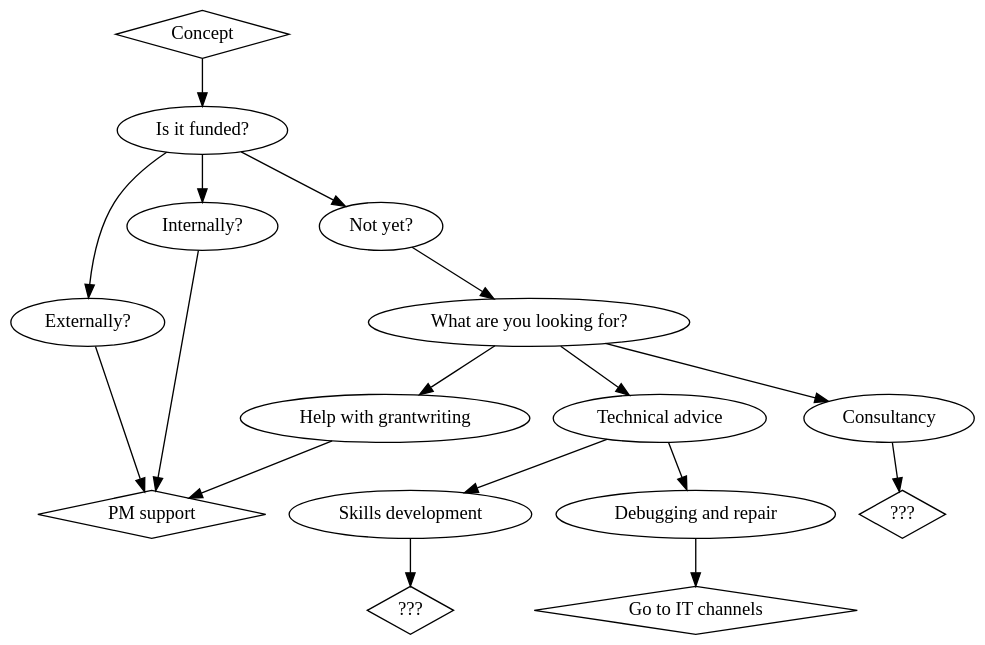
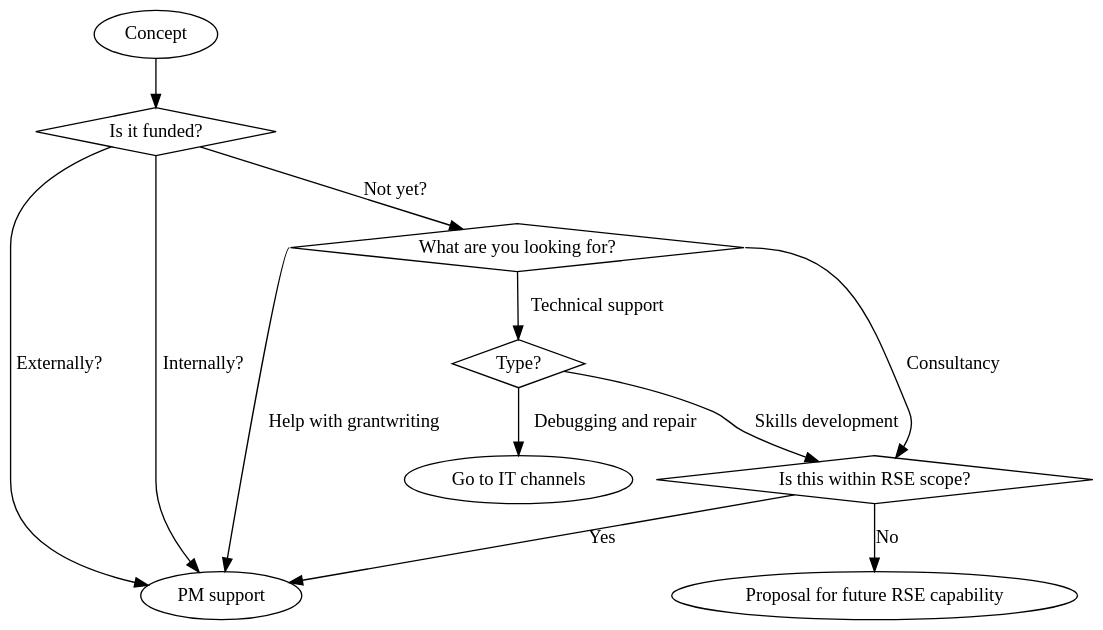
The diagram in team/governance/diagrams/concept.dot (NERC-CEH/rse_group), drawn with Graphviz before and after one commit. The commit also changed other lines of this file and 2 other files, not shown here.

Commit message:
Refactored flow charts slightly

```diff
--- a/team/governance/diagrams/concept.dot
+++ b/team/governance/diagrams/concept.dot
@@ -1,48 +1,33 @@
-# http://www.graphviz.org/content/cluster
-
-
 digraph G {
     
   bgcolor=transparent;
   node [fontname = "Handlee"];
   edge [fontname = "Handlee"];
 
   
-  starting [ label = "Concept" shape=diamond];
-  pm_support [ label = "PM support" shape=diamond];
-  funded [ label = "Is it funded?" ];
-  fund_ext [label="Externally?"];
-  fund_int [label="Internally?"];
-  fund_yet [label="Not yet?"];
-  extra_support [label="What are you looking for?"]
-  help_write [label="Help with grantwriting"]
-  help_tech [label="Technical advice"]
-  help_consult [label="Consultancy"]
-  skills_dev [label="Skills development"]
-  debug_fix [label="Debugging and repair"]
-  go_to_it [label="Go to IT channels", shape=diamond]
-  help_unknown_1 [label="???" shape=diamond]
-  help_unknown_2 [label="???" shape=diamond]
+  starting [ label = "Concept"];
+  pm_support [ label = "PM support"];
+  funded [ label = "Is it funded?" shape=diamond ];
+  extra_support [label="What are you looking for?" shape=diamond]
+  help_tech [label="Type?" shape=diamond]
+  go_to_it [label="Go to IT channels"]
+  offered [label="Is this within RSE scope?" shape=diamond]
+  proposal[label="Proposal for future RSE capability"]
   
   starting -> funded;
   
-  funded -> fund_ext;
-  funded -> fund_int;
-  funded -> fund_yet;
-  fund_int -> pm_support;
-  fund_ext -> pm_support;
+  funded -> pm_support[label="Externally?"];
+  funded -> pm_support[label="Internally?"];
+  funded -> extra_support[label="Not yet?"];
 
-  fund_yet -> extra_support;
-  extra_support -> help_write;
-  extra_support -> help_tech;
-  extra_support -> help_consult;
+  extra_support:w -> pm_support[label="Help with grantwriting"];
+  extra_support -> help_tech[label="Technical support"];
+  extra_support:e -> offered[label="Consultancy"];
   
-  help_tech -> skills_dev;
-  help_tech -> debug_fix;
-  debug_fix -> go_to_it;
+  help_tech -> offered[label="Skills development"];
+  help_tech -> go_to_it[label="Debugging and repair"];
   
-  help_write -> pm_support;
-  help_consult -> help_unknown_1;
-  skills_dev -> help_unknown_2;
+  offered -> pm_support[label="Yes"]
+  offered -> proposal[label="No"]
   
 }
```
